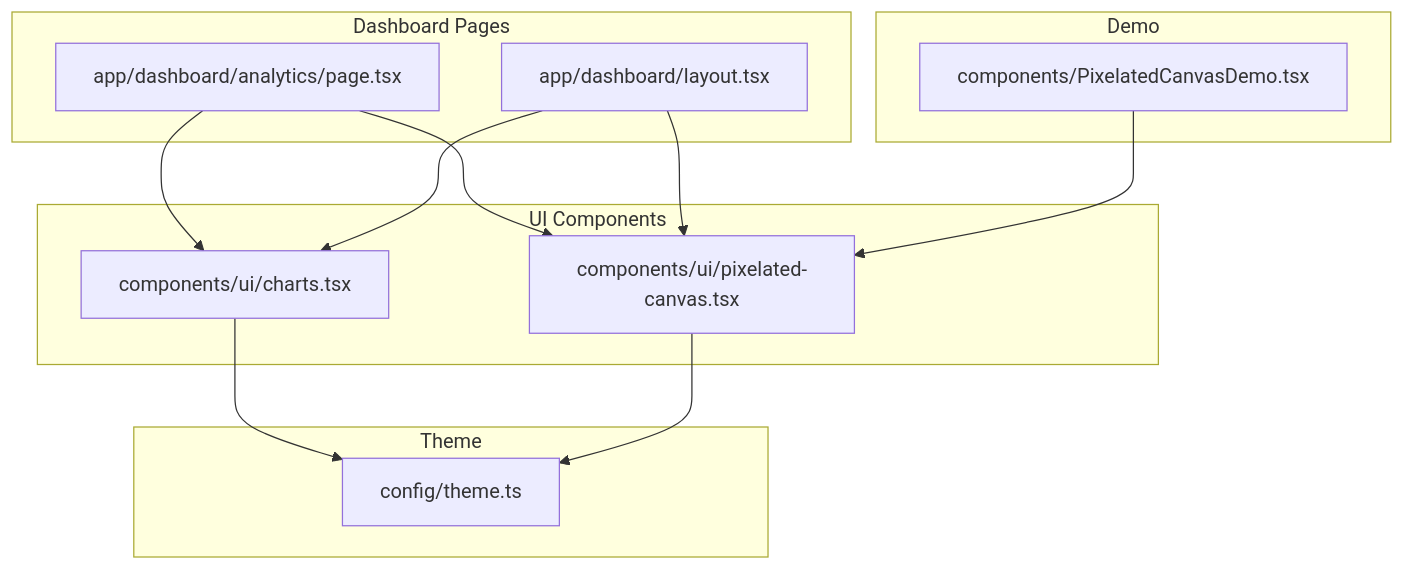
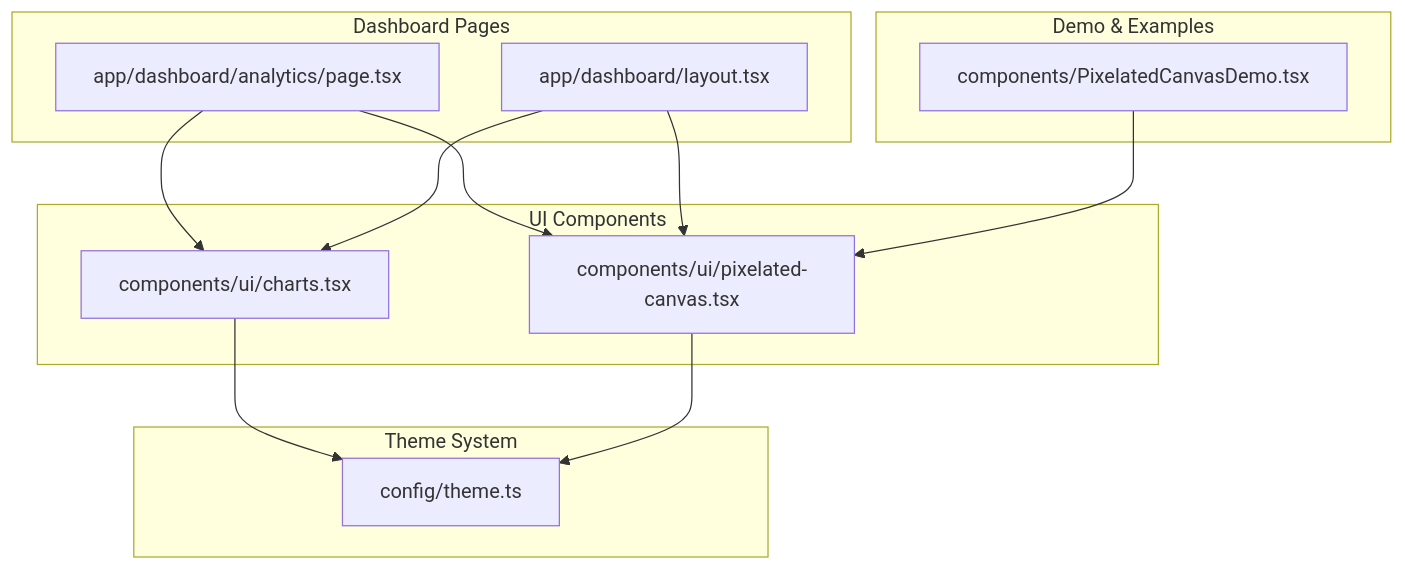
One commit to HassanAmeer/cheaprouter changed the first of 7 diagrams in .qoder/repowiki/en/content/Frontend Architecture/Component Library/Visualization Components.md. Above: the diagram before and after it, drawn with Mermaid. The commit also changed other lines of this file and 54 other files, not shown here.

````diff
--- a/.qoder/repowiki/en/content/Frontend Architecture/Component Library/Visualization Components.md
+++ b/.qoder/repowiki/en/content/Frontend Architecture/Component Library/Visualization Components.md
@@ -34,24 +42,24 @@
 ```mermaid
 graph TB
 subgraph "Dashboard Pages"
 A["app/dashboard/analytics/page.tsx"]
 B["app/dashboard/layout.tsx"]
 end
 subgraph "UI Components"
 C["components/ui/charts.tsx"]
 D["components/ui/pixelated-canvas.tsx"]
 end
-subgraph "Demo"
+subgraph "Demo & Examples"
 E["components/PixelatedCanvasDemo.tsx"]
 end
-subgraph "Theme"
+subgraph "Theme System"
 F["config/theme.ts"]
 end
 A --> C
 A --> D
 B --> C
 B --> D
 E --> D
 C --> F
 D --> F
 ```
````
